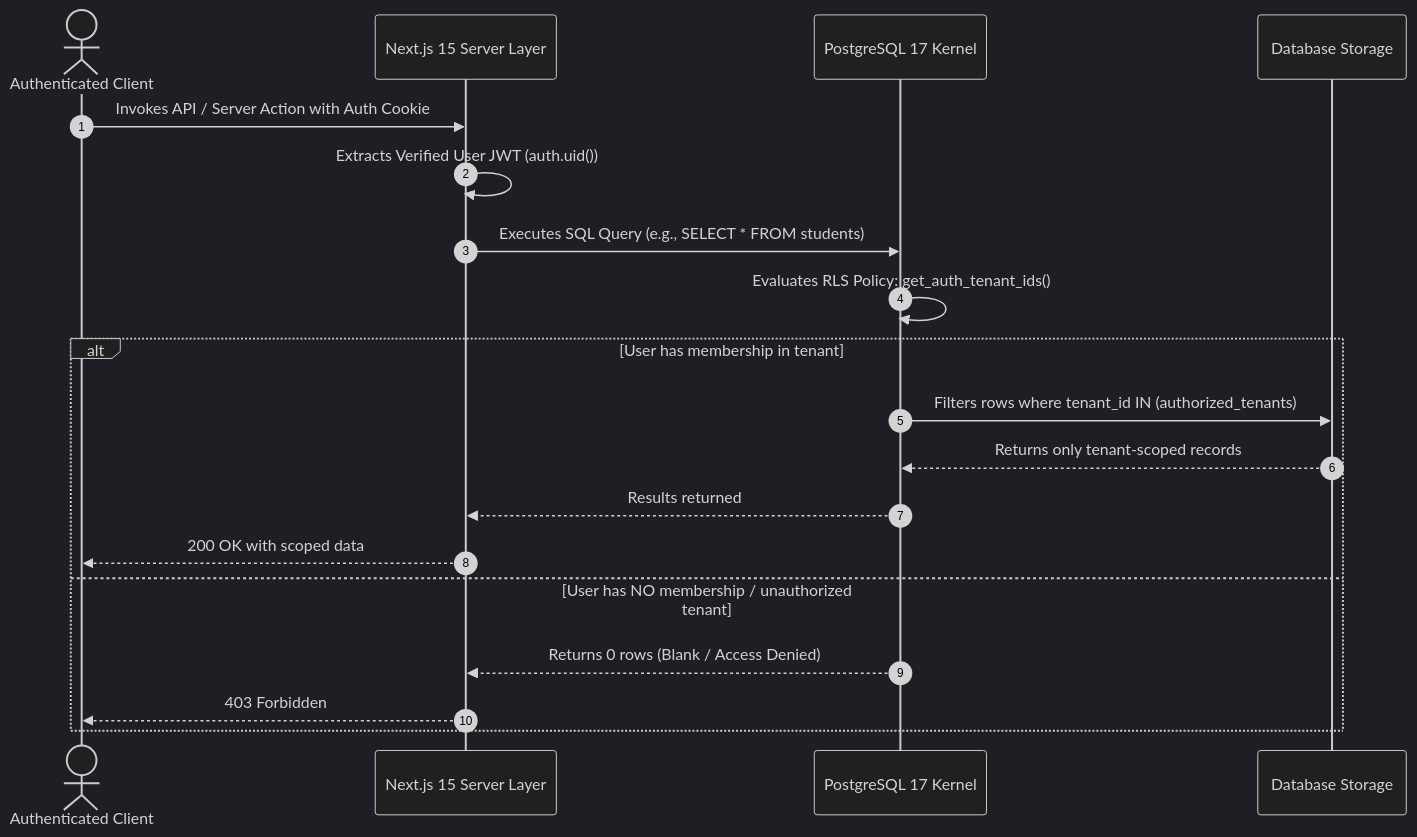
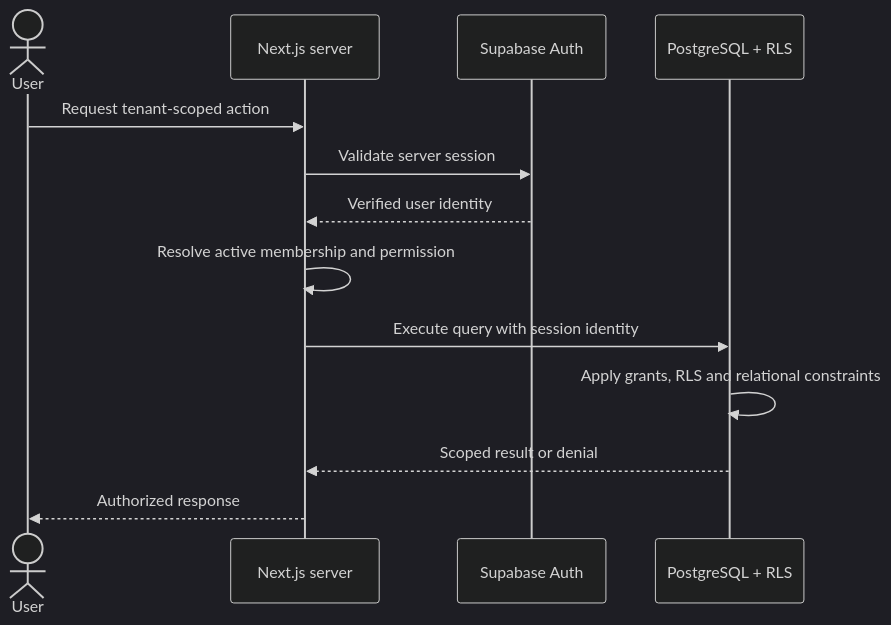
One commit to SahiTech/SahiTech-Education changed the diagram in docs/09_MULTI_TENANCY_ARCHITECTURE.md. Above: the diagram before and after it, drawn with Mermaid (dark theme). The commit also changed other lines of this file and 40 other files, not shown here.

````diff
--- a/docs/09_MULTI_TENANCY_ARCHITECTURE.md
+++ b/docs/09_MULTI_TENANCY_ARCHITECTURE.md
@@ -13,22 +18,15 @@
 ```mermaid
 sequenceDiagram
-    autonumber
-    actor User as Authenticated Client
-    participant App as Next.js 15 Server Layer
-    participant PG as PostgreSQL 17 Kernel
-    participant Table as Database Storage
-
-    User->>App: Invokes API / Server Action with Auth Cookie
-    App->>App: Extracts Verified User JWT (auth.uid())
-    App->>PG: Executes SQL Query (e.g., SELECT * FROM students)
-    PG->>PG: Evaluates RLS Policy: get_auth_tenant_ids()
-    alt User has membership in tenant
-        PG->>Table: Filters rows where tenant_id IN (authorized_tenants)
-        Table-->>PG: Returns only tenant-scoped records
-        PG-->>App: Results returned
-        App-->>User: 200 OK with scoped data
-    else User has NO membership / unauthorized tenant
-        PG-->>App: Returns 0 rows (Blank / Access Denied)
-        App-->>User: 403 Forbidden
-    end
+  actor User
+  participant Web as Next.js server
+  participant Auth as Supabase Auth
+  participant DB as PostgreSQL + RLS
+  User->>Web: Request tenant-scoped action
+  Web->>Auth: Validate server session
+  Auth-->>Web: Verified user identity
+  Web->>Web: Resolve active membership and permission
+  Web->>DB: Execute query with session identity
+  DB->>DB: Apply grants, RLS and relational constraints
+  DB-->>Web: Scoped result or denial
+  Web-->>User: Authorized response
 ```
````
